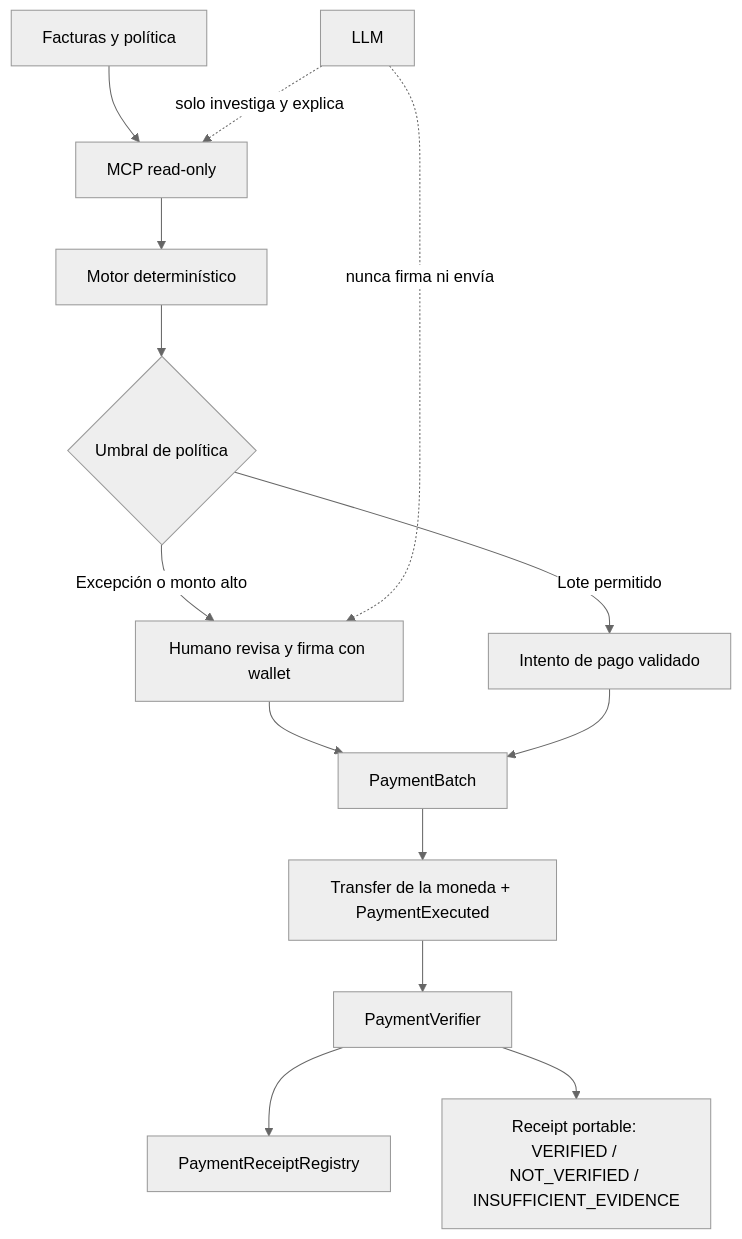
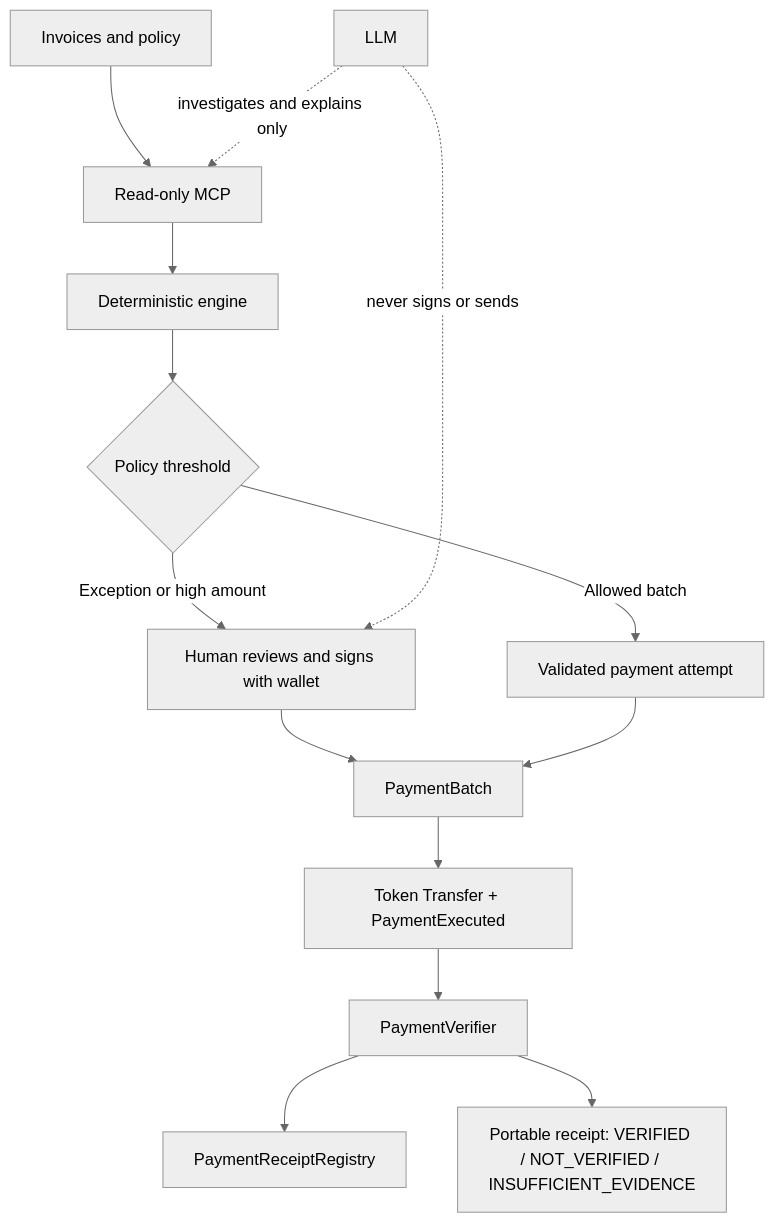
One commit to annatchijova/vertice changed the diagram in README.md. Above: the diagram before and after it, drawn with Mermaid (neutral theme). The commit also changed other lines of this file and 5 other files, not shown here.

````diff
--- a/README.md
+++ b/README.md
@@ -61,16 +53,16 @@
 ```mermaid
 flowchart TD
-    A[Facturas y política] --> B[MCP read-only]
-    B --> C[Motor determinístico]
-    C --> D{Umbral de política}
-    D -->|Excepción o monto alto| E[Humano revisa y firma con wallet]
-    D -->|Lote permitido| F[Intento de pago validado]
+    A[Invoices and policy] --> B[Read-only MCP]
+    B --> C[Deterministic engine]
+    C --> D{Policy threshold}
+    D -->|Exception or high amount| E[Human reviews and signs with wallet]
+    D -->|Allowed batch| F[Validated payment attempt]
     E --> G[PaymentBatch]
     F --> G
-    G --> H[Transfer de la moneda + PaymentExecuted]
+    G --> H[Token Transfer + PaymentExecuted]
     H --> I[PaymentVerifier]
     I --> J[PaymentReceiptRegistry]
-    I --> K[Receipt portable: VERIFIED / NOT_VERIFIED / INSUFFICIENT_EVIDENCE]
-    L[LLM] -. solo investiga y explica .-> B
-    L -. nunca firma ni envía .-> E
+    I --> K[Portable receipt: VERIFIED / NOT_VERIFIED / INSUFFICIENT_EVIDENCE]
+    L[LLM] -. investigates and explains only .-> B
+    L -. never signs or sends .-> E
 ```
````
